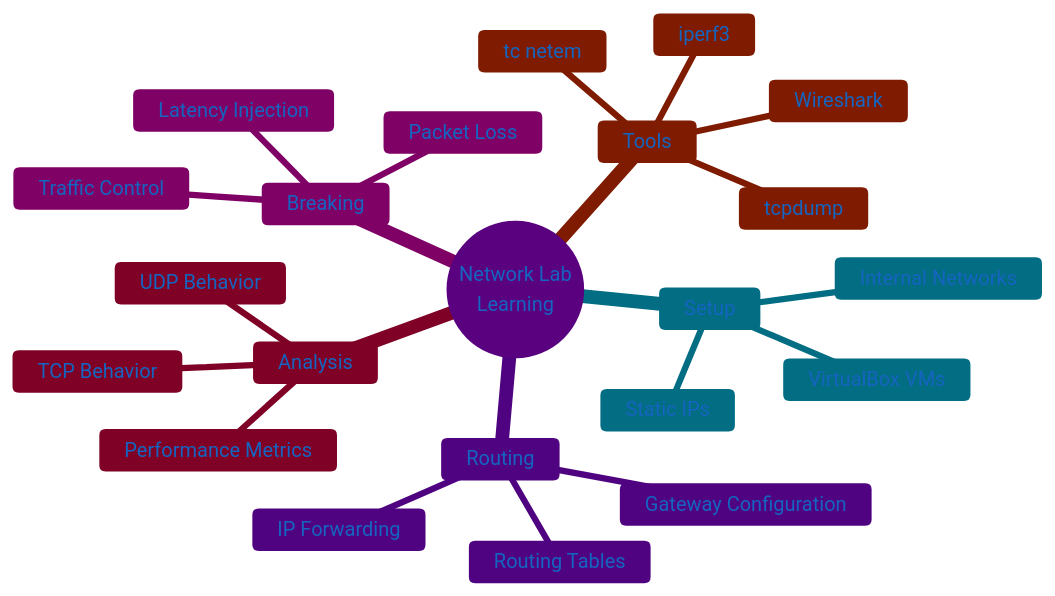
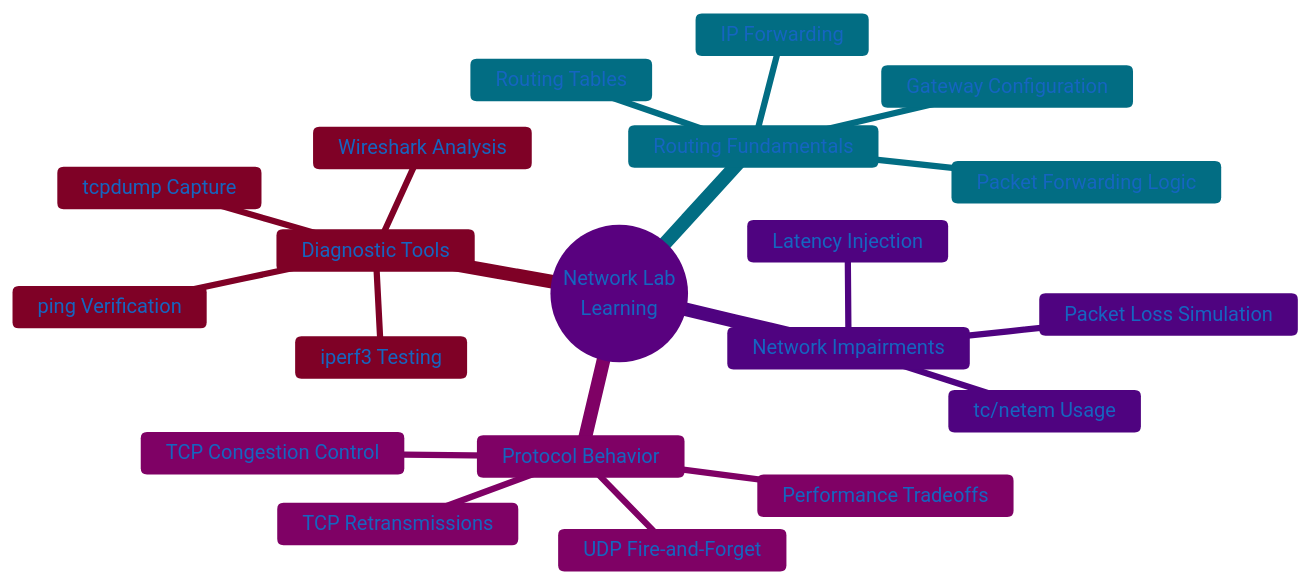
Before and after one commit to work8tech/networking-through-VMs: diagram 11 of 11 in README.md, drawn with Mermaid. The commit also changed other lines of this file, not shown here.

````diff
--- a/README.md
+++ b/README.md
@@ -295,36 +368,34 @@
 ```mermaid
 ---
 config:
   theme: 'base'
   themeVariables:
     primaryColor: '#b302fd'
     primaryTextColor: '#1565c0'
     primaryBorderColor: '#7C00'
     lineColor: '#F8B229'
     secondaryColor: '#0ad2fb'
     tertiaryColor: '#9a0af9'
 ---
 mindmap
   root((Network Lab<br/>Learning))
-    Setup
-      VirtualBox VMs
-      Internal Networks
-      Static IPs
-    Routing
+    Routing Fundamentals
       Routing Tables
       IP Forwarding
       Gateway Configuration
-    Breaking
+      Packet Forwarding Logic
+    Network Impairments
       Latency Injection
-      Packet Loss
-      Traffic Control
-    Analysis
-      TCP Behavior
-      UDP Behavior
-      Performance Metrics
-    Tools
-      iperf3
-      tcpdump
-      Wireshark
-      tc netem
+      Packet Loss Simulation
+      tc/netem Usage
+    Protocol Behavior
+      TCP Congestion Control
+      TCP Retransmissions
+      UDP Fire-and-Forget
+      Performance Tradeoffs
+    Diagnostic Tools
+      iperf3 Testing
+      tcpdump Capture
+      Wireshark Analysis
+      ping Verification
 ```
````
